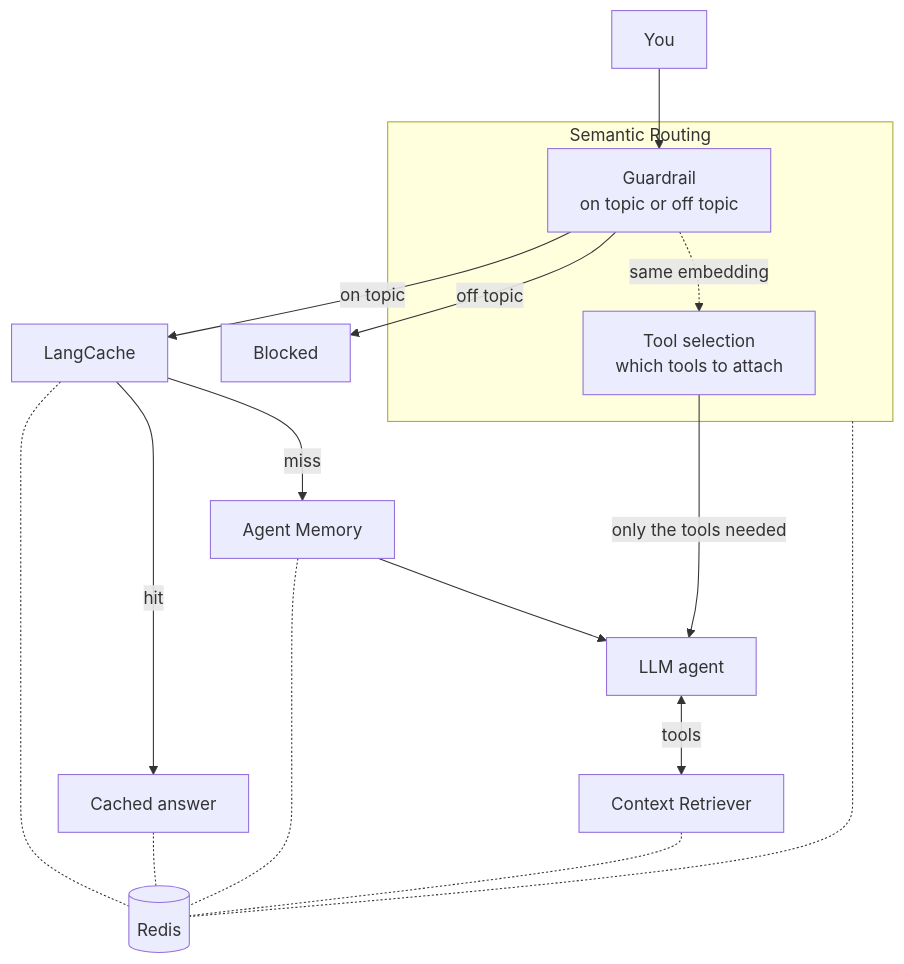
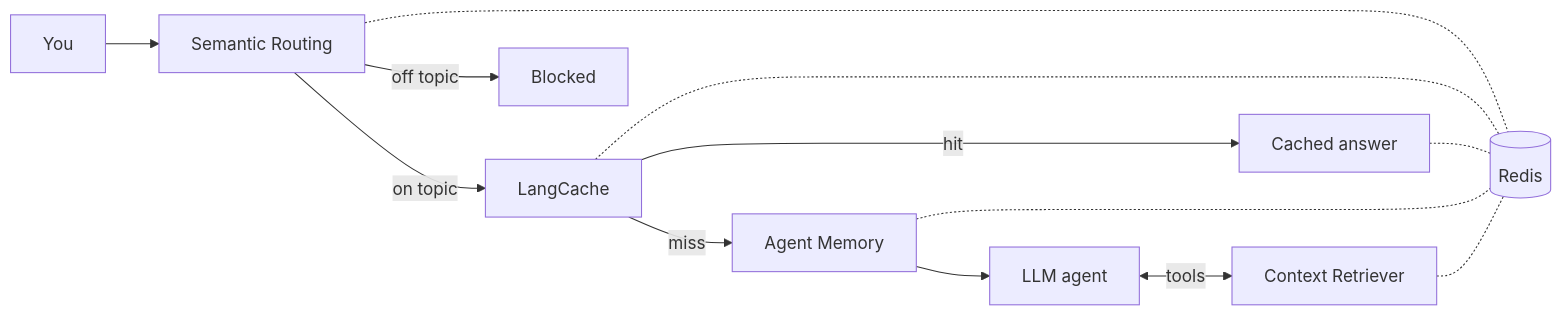
The diagram in docs/home.md (mattstieferman-redis/iris-workshop), drawn with Mermaid before and after one commit. The commit also changed other lines of this file, not shown here.

Commit message:
Revert the architecture diagram to the version without tool selection
Restores the left-to-right diagram where Redis connects to every stage
(as in 43be65f). Other docs changes are unchanged.

````diff
--- a/docs/home.md
+++ b/docs/home.md
@@ -18,21 +18,15 @@
 ```mermaid
-graph TD
-    U[You] --> G
-    subgraph SR[Semantic Routing]
-        G["Guardrail<br/>on topic or off topic"]
-        TS["Tool selection<br/>which tools to attach"]
-    end
+graph LR
+    U[You] --> G[Semantic Routing]
+    G -->|on topic| C[LangCache]
     G -->|off topic| X[Blocked]
-    G -->|on topic| C[LangCache]
     C -->|hit| O[Cached answer]
     C -->|miss| M[Agent Memory]
     M --> A[LLM agent]
-    G -.->|same embedding| TS
-    TS -->|only the tools needed| A
     A <-->|tools| R[Context Retriever]
-    SR -.- D[(Redis)]
+    G -.- D[(Redis)]
     C -.- D
     O -.- D
     M -.- D
     R -.- D
 ```
````
